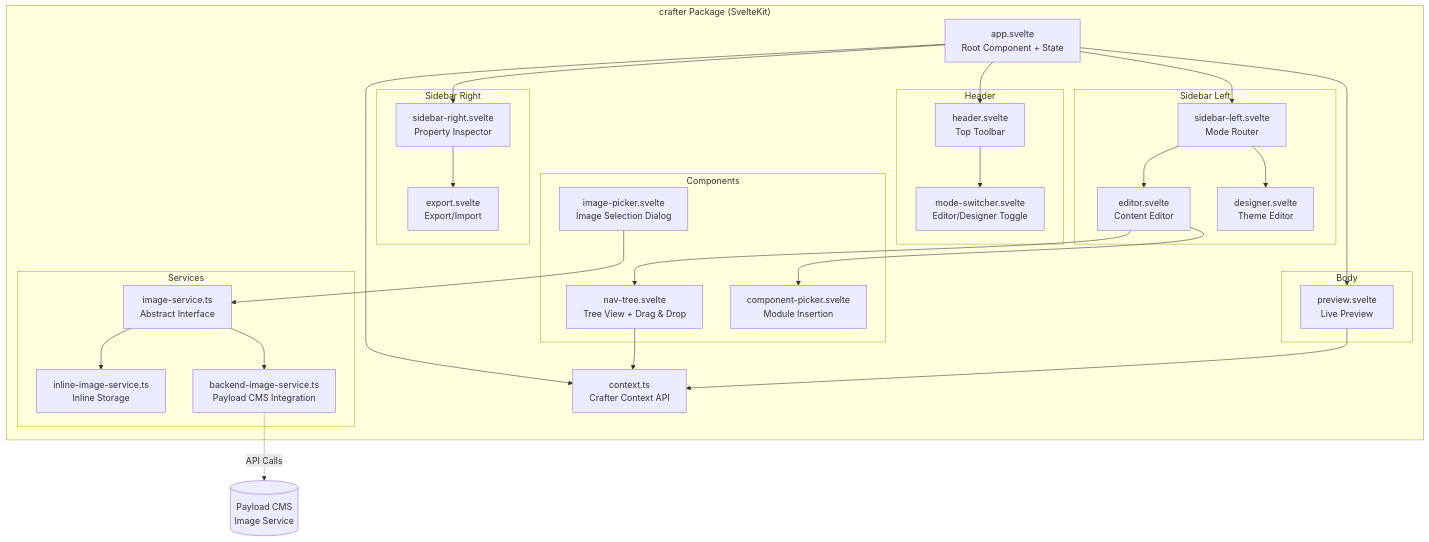
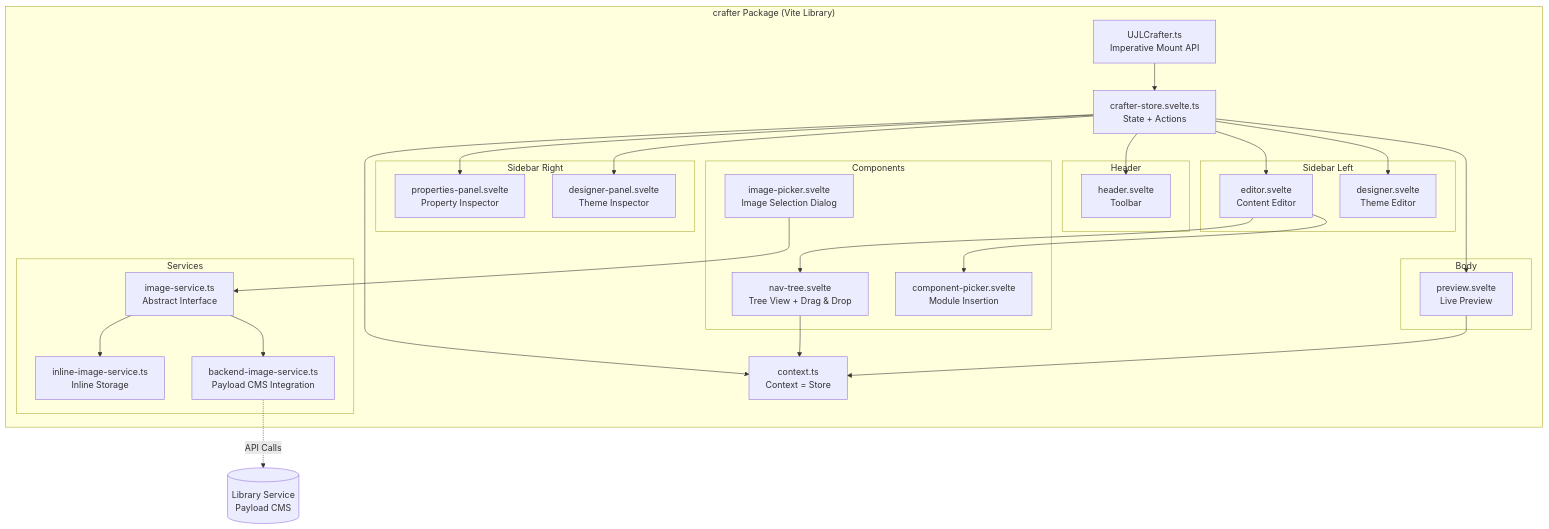
Before and after one commit to mainzcript/ujl: the sixth of 8 diagrams in apps/docs/src/arc42/05-building-block-view.md, drawn with Mermaid. The commit also changed other lines of this file and 10 other files, not shown here.

Commit message:
refactor: update architecture documentation to clarify UJL's structure, including detailed descriptions of content and design separation, image storage strategies, and the role of the Crafter in editor workflows, while enhancing overall clarity and consistency across sections

````diff
--- a/apps/docs/src/arc42/05-building-block-view.md
+++ b/apps/docs/src/arc42/05-building-block-view.md
@@ -758,64 +753,59 @@
 ```mermaid
 graph TB
-    subgraph "crafter Package (SvelteKit)"
-        App[app.svelte<br/>Root Component + State]
-        Context[context.ts<br/>Crafter Context API]
+    subgraph "crafter Package (Vite Library)"
+        Entry[UJLCrafter.ts<br/>Imperative Mount API]
+        Store[crafter-store.svelte.ts<br/>State + Actions]
+        Context[context.ts<br/>Context = Store]
 
         subgraph "Header"
-            HeaderComp[header.svelte<br/>Top Toolbar]
-            ModeSwitcher[mode-switcher.svelte<br/>Editor/Designer Toggle]
+            HeaderComp[header.svelte<br/>Toolbar]
         end
 
         subgraph "Sidebar Left"
-            SidebarLeftComp[sidebar-left.svelte<br/>Mode Router]
             Editor[editor.svelte<br/>Content Editor]
             Designer[designer.svelte<br/>Theme Editor]
         end
 
         subgraph "Body"
             Preview[preview.svelte<br/>Live Preview]
         end
 
         subgraph "Sidebar Right"
-            SidebarRightComp[sidebar-right.svelte<br/>Property Inspector]
-            Export[export.svelte<br/>Export/Import]
+            PropsPanel[properties-panel.svelte<br/>Property Inspector]
+            DesignerPanel[designer-panel.svelte<br/>Theme Inspector]
         end
 
         subgraph "Services"
             ImageService[image-service.ts<br/>Abstract Interface]
             InlineImage[inline-image-service.ts<br/>Inline Storage]
             BackendImage[backend-image-service.ts<br/>Payload CMS Integration]
         end
 
         subgraph "Components"
             NavTree[nav-tree.svelte<br/>Tree View + Drag & Drop]
             ImagePicker[image-picker.svelte<br/>Image Selection Dialog]
             ComponentPicker[component-picker.svelte<br/>Module Insertion]
         end
     end
 
-    App --> Context
-    App --> HeaderComp
-    App --> SidebarLeftComp
-    App --> Preview
-    App --> SidebarRightComp
-
-    HeaderComp --> ModeSwitcher
-
-    SidebarLeftComp --> Editor
-    SidebarLeftComp --> Designer
+    Entry --> Store
+    Store --> Context
+    Store --> HeaderComp
+    Store --> Editor
+    Store --> Designer
+    Store --> Preview
+    Store --> PropsPanel
+    Store --> DesignerPanel
 
     Editor --> NavTree
     Editor --> ComponentPicker
-
-    SidebarRightComp --> Export
 
     NavTree --> Context
     Preview --> Context
 
     ImagePicker --> ImageService
     ImageService --> InlineImage
     ImageService --> BackendImage
 
-    BackendImage -.->|API Calls| PayloadCMS[(Payload CMS<br/>Image Service)]
+    BackendImage -.->|API Calls| PayloadCMS[(Library Service<br/>Payload CMS)]
 ```
````
